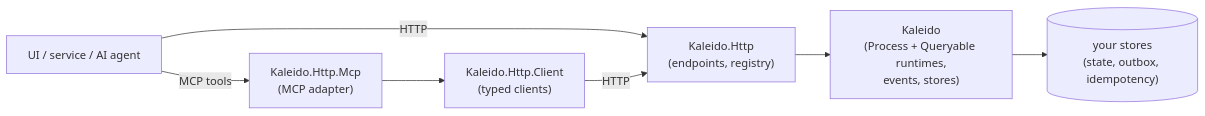
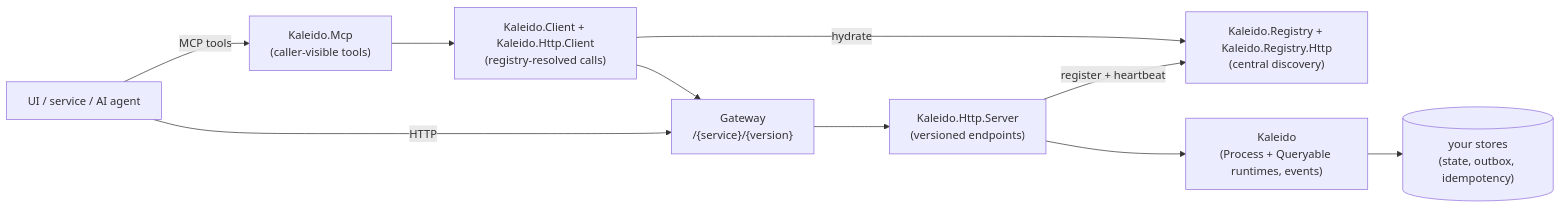
One commit to no1ross/Kaleido changed the diagram in docs/guide/README.md. Above: the diagram before and after it, drawn with Mermaid. The commit also changed 49 other files, not shown here.

````diff
--- a/docs/guide/README.md
+++ b/docs/guide/README.md
@@ -20,16 +20,18 @@
 ```mermaid
 flowchart LR
     caller["UI / service / AI agent"]
-    mcp["Kaleido.Http.Mcp<br/>(MCP adapter)"]
-    client["Kaleido.Http.Client<br/>(typed clients)"]
-    http["Kaleido.Http<br/>(endpoints, registry)"]
-    core["Kaleido<br/>(Process + Queryable runtimes,<br/>events, stores)"]
+    mcp["Kaleido.Mcp<br/>(caller-visible tools)"]
+    client["Kaleido.Client + Kaleido.Http.Client<br/>(registry-resolved calls)"]
+    gateway["Gateway<br/>/{service}/{version}"]
+    registry["Kaleido.Registry + Kaleido.Registry.Http<br/>(central discovery)"]
+    http["Kaleido.Http.Server<br/>(versioned endpoints)"]
+    core["Kaleido<br/>(Process + Queryable runtimes, events)"]
     store[("your stores<br/>(state, outbox, idempotency)")]
 
     caller -- "MCP tools" --> mcp
-    caller -- "HTTP" --> http
-    mcp --> client
-    client -- "HTTP" --> http
-    http --> core
-    core --> store
+    caller -- "HTTP" --> gateway
+    mcp --> client --> gateway
+    gateway --> http --> core --> store
+    http -- "register + heartbeat" --> registry
+    client -- "hydrate" --> registry
 ```
````
